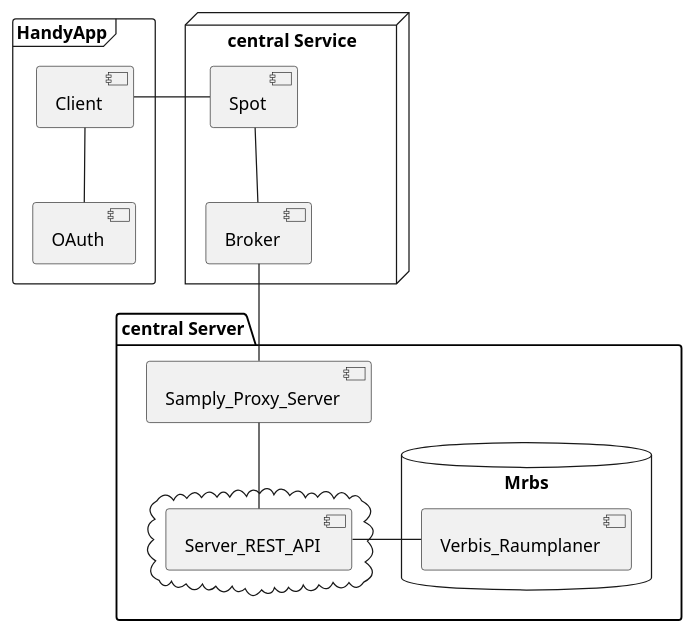
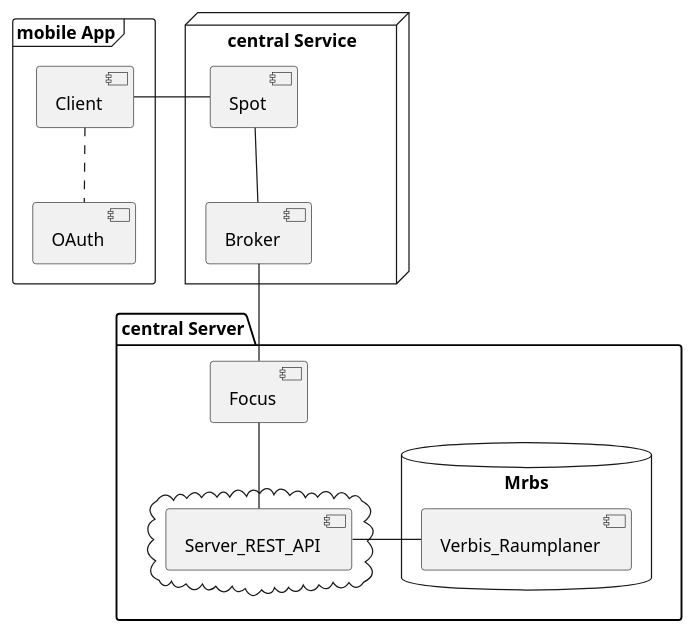
The diagram in Projekte/Verbis/HandyAppV1.puml (Martin1088/Plantuml-With-Screenreader), drawn with PlantUML before and after one commit. The commit also changed 14 other files, not shown here.

```diff
--- a/Projekte/Verbis/HandyAppV1.puml
+++ b/Projekte/Verbis/HandyAppV1.puml
@@ -1,32 +1,32 @@
 @startuml
 
 
-frame "HandyApp"{
+frame "mobile App"{
     [Client]
     [OAuth]
 }
 
 node "central Service" {
     [Spot]
     [Broker]
 }
 
 
 package "central Server" {
-    [Samply_Proxy_Server]
+    [Focus]
     cloud {
         [Server_REST_API]
     }
     database "Mrbs" {
         [Verbis_Raumplaner]
     }
 }
 
 '' Verbindungen
-[Client] -- [OAuth]
+[Client] .. [OAuth]
 [Client] - [Spot]
 [Spot] -- [Broker]
-[Broker] -- [Samply_Proxy_Server]
-[Samply_Proxy_Server] -- [Server_REST_API]
+[Broker] -- [Focus]
+[Focus] -- [Server_REST_API]
 [Server_REST_API] - [Verbis_Raumplaner]
 @enduml
```
